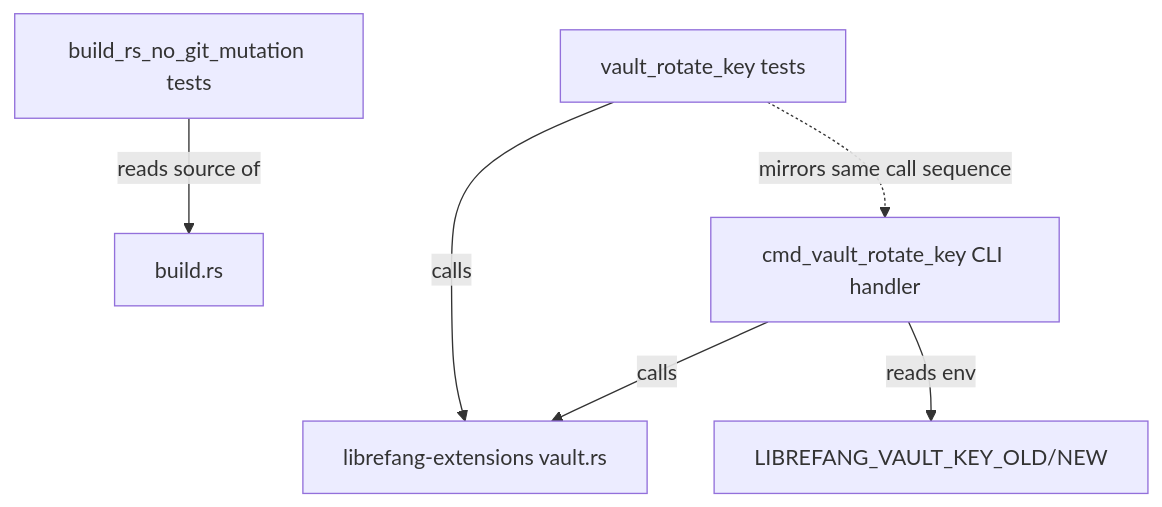
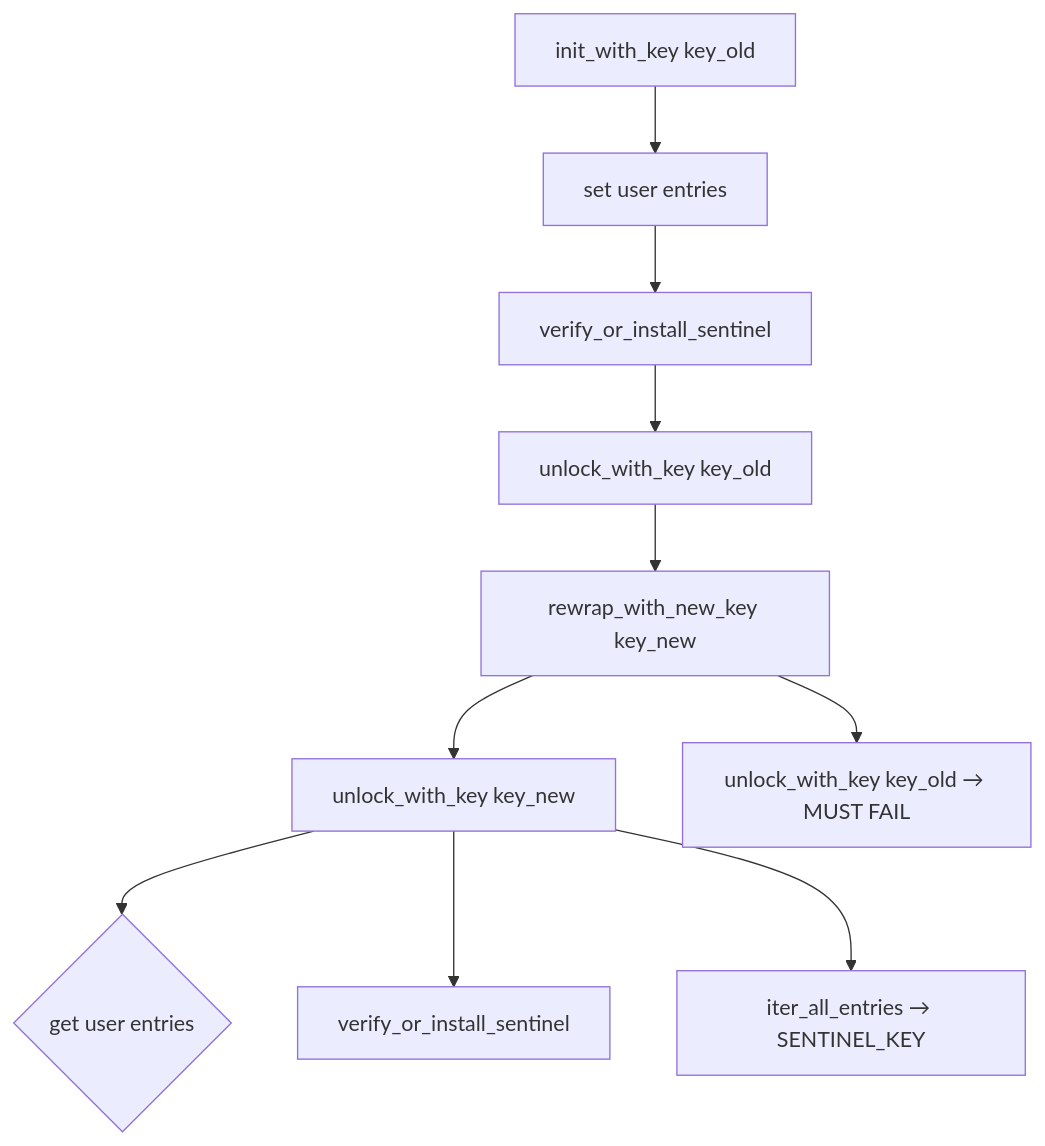
Before and after one commit to leszek3737/librefang-WIki: the diagram in other-librefang-cli-tests.md, drawn with Mermaid. The commit also changed other lines of this file and 70 other files, not shown here.

````diff
--- a/other-librefang-cli-tests.md
+++ b/other-librefang-cli-tests.md
@@ -58,8 +62,12 @@
 ```mermaid
-graph TD
-    A[build_rs_no_git_mutation tests] -->|reads source of| B[build.rs]
-    C[vault_rotate_key tests] -->|calls| D[librefang-extensions vault.rs]
-    E[cmd_vault_rotate_key CLI handler] -->|calls| D
-    E -->|reads env| F[LIBREFANG_VAULT_KEY_OLD/NEW]
-    C -.->|mirrors same call sequence| E
+flowchart TD
+    A[init_with_key key_old] --> B[set user entries]
+    B --> C[verify_or_install_sentinel]
+    C --> D[unlock_with_key key_old]
+    D --> E[rewrap_with_new_key key_new]
+    E --> F[unlock_with_key key_new]
+    F --> G{get user entries}
+    F --> H[verify_or_install_sentinel]
+    F --> I[iter_all_entries → SENTINEL_KEY]
+    E --> J[unlock_with_key key_old → MUST FAIL]
 ```
````
